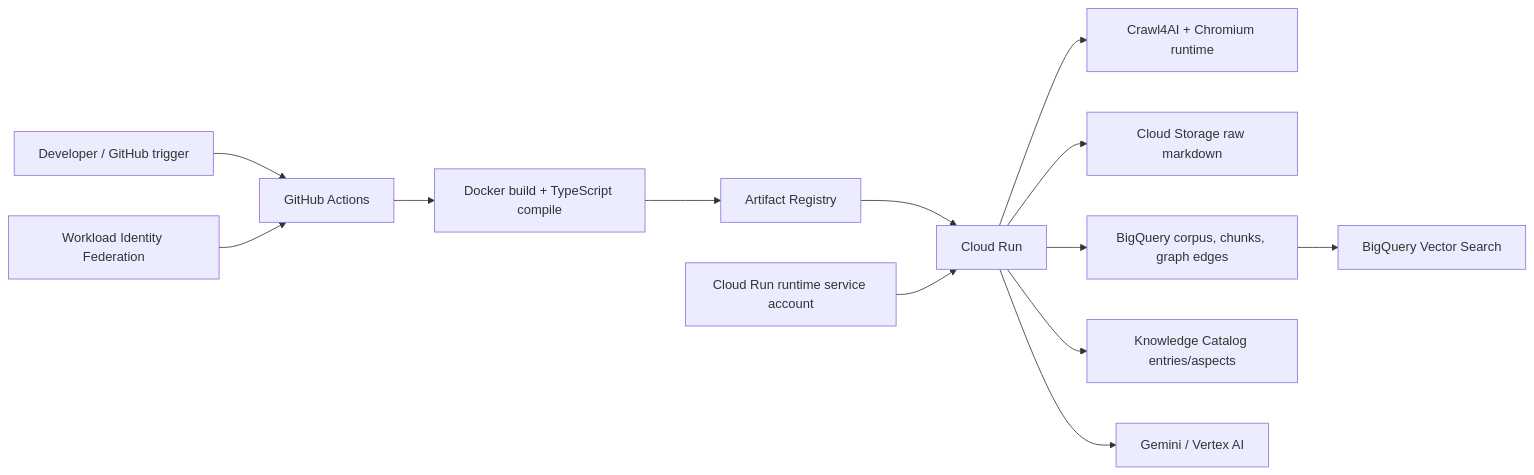
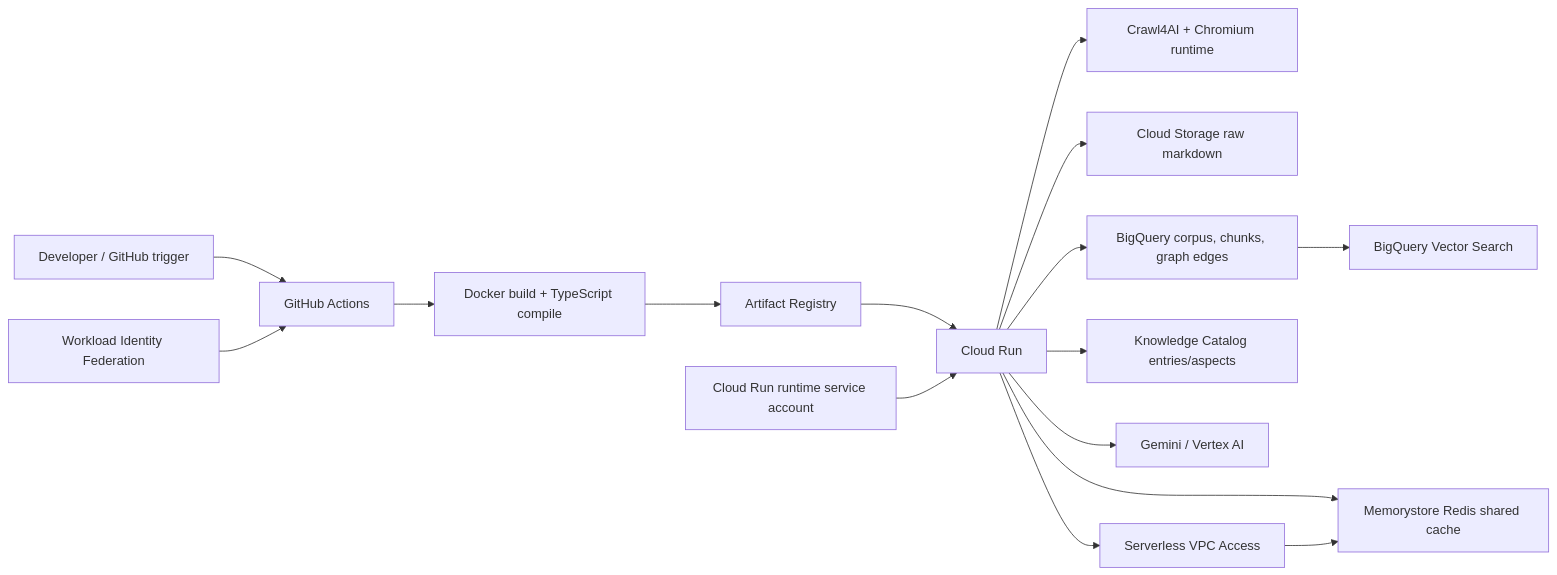
The diagram in doc/cicd.md (plc1220/islamic-jurisprudence-agent-knowledge-graph), drawn with Mermaid before and after one commit. The commit also changed other lines of this file and 12 other files, not shown here.

````diff
--- a/doc/cicd.md
+++ b/doc/cicd.md
@@ -7,15 +7,18 @@
 ```mermaid
 graph LR
     Dev["Developer / GitHub trigger"] --> GHA["GitHub Actions"]
     GHA --> Docker["Docker build + TypeScript compile"]
     Docker --> GAR["Artifact Registry"]
     GAR --> CR["Cloud Run"]
     WIF["Workload Identity Federation"] --> GHA
     SA["Cloud Run runtime service account"] --> CR
     CR --> C4AI["Crawl4AI + Chromium runtime"]
     CR --> GCS["Cloud Storage raw markdown"]
     CR --> BQ["BigQuery corpus, chunks, graph edges"]
     BQ --> BQVS["BigQuery Vector Search"]
     CR --> KC["Knowledge Catalog entries/aspects"]
     CR --> Vertex["Gemini / Vertex AI"]
+    CR --> Redis["Memorystore Redis shared cache"]
+    VPC["Serverless VPC Access"] --> Redis
+    CR --> VPC
 ```
````
